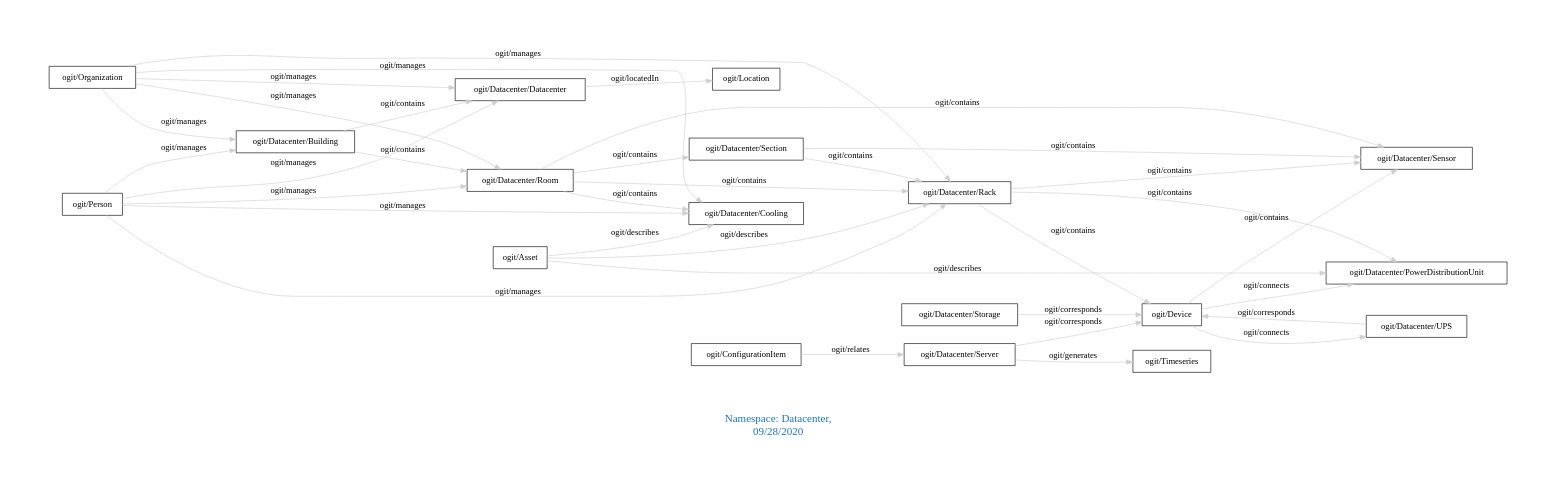
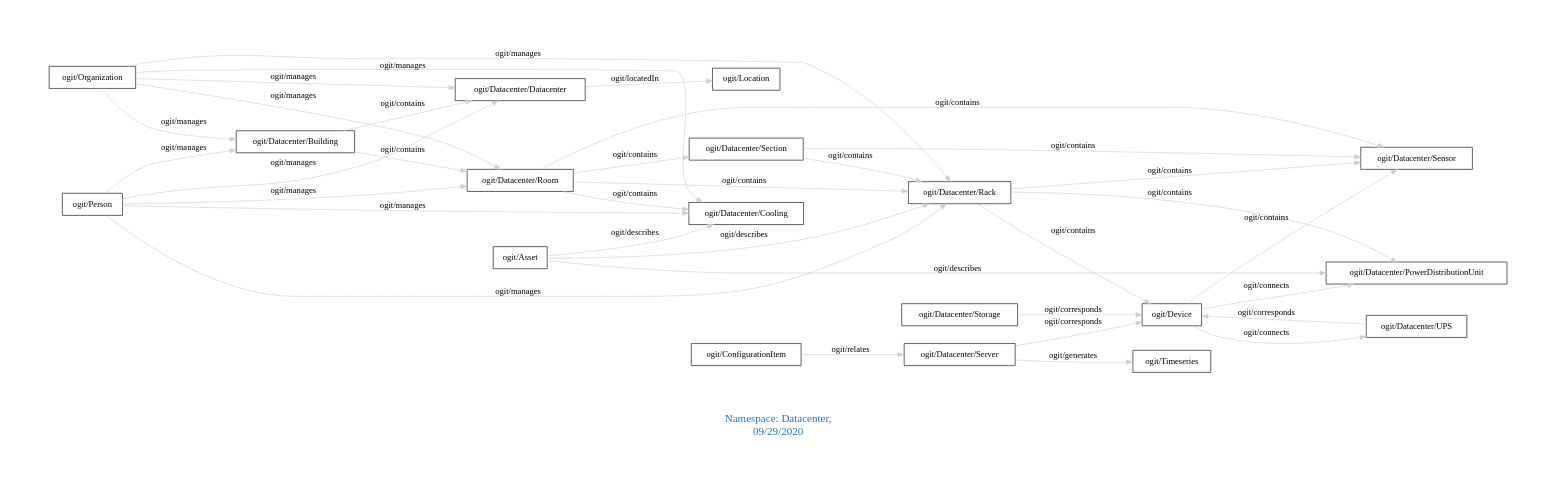
The diagram in downloads/Datacenter.dot (arago/OGIT), drawn with Graphviz before and after one commit. The commit also changed 1818 other files, not shown here.

```diff
--- a/downloads/Datacenter.dot
+++ b/downloads/Datacenter.dot
@@ -1,41 +1,41 @@
 digraph OGIT_ontology {
  graph [ rankdir= LR,pad=1 
 fontsize = 18,
-fontcolor= dodgerblue3,label = "\n\n\nNamespace: Datacenter, \n 09/28/2020"];
+fontcolor= dodgerblue3,label = "\n\n\nNamespace: Datacenter, \n 09/29/2020"];
 node[shape=polygon];
 edge [  color="gray81"];
 
    "ogit/Datacenter/Building" -> "ogit/Datacenter/Datacenter" [label="   ogit/contains    "];
    "ogit/Datacenter/Building" -> "ogit/Datacenter/Room" [label="   ogit/contains    "];
    "ogit/Datacenter/Rack" -> "ogit/Datacenter/Sensor" [label="   ogit/contains    "];
    "ogit/Datacenter/Rack" -> "ogit/Datacenter/PowerDistributionUnit" [label="   ogit/contains    "];
    "ogit/Datacenter/Rack" -> "ogit/Device" [label="   ogit/contains    "];
    "ogit/Datacenter/Room" -> "ogit/Datacenter/Rack" [label="   ogit/contains    "];
    "ogit/Datacenter/Room" -> "ogit/Datacenter/Cooling" [label="   ogit/contains    "];
    "ogit/Datacenter/Room" -> "ogit/Datacenter/Sensor" [label="   ogit/contains    "];
    "ogit/Datacenter/Room" -> "ogit/Datacenter/Section" [label="   ogit/contains    "];
    "ogit/Datacenter/Section" -> "ogit/Datacenter/Sensor" [label="   ogit/contains    "];
    "ogit/Datacenter/Section" -> "ogit/Datacenter/Rack" [label="   ogit/contains    "];
    "ogit/Device" -> "ogit/Datacenter/Sensor" [label="   ogit/contains    "];
    "ogit/Organization" -> "ogit/Datacenter/Room" [label="   ogit/manages    "];
    "ogit/Organization" -> "ogit/Datacenter/Rack" [label="   ogit/manages    "];
    "ogit/Organization" -> "ogit/Datacenter/Datacenter" [label="   ogit/manages    "];
    "ogit/Organization" -> "ogit/Datacenter/Cooling" [label="   ogit/manages    "];
    "ogit/Organization" -> "ogit/Datacenter/Building" [label="   ogit/manages    "];
    "ogit/Person" -> "ogit/Datacenter/Room" [label="   ogit/manages    "];
    "ogit/Person" -> "ogit/Datacenter/Rack" [label="   ogit/manages    "];
    "ogit/Person" -> "ogit/Datacenter/Datacenter" [label="   ogit/manages    "];
    "ogit/Person" -> "ogit/Datacenter/Cooling" [label="   ogit/manages    "];
    "ogit/Person" -> "ogit/Datacenter/Building" [label="   ogit/manages    "];
    "ogit/Datacenter/Server" -> "ogit/Timeseries" [label="   ogit/generates    "];
    "ogit/Asset" -> "ogit/Datacenter/Rack" [label="   ogit/describes    "];
    "ogit/Asset" -> "ogit/Datacenter/PowerDistributionUnit" [label="   ogit/describes    "];
    "ogit/Asset" -> "ogit/Datacenter/Cooling" [label="   ogit/describes    "];
    "ogit/Device" -> "ogit/Datacenter/PowerDistributionUnit" [label="   ogit/connects    "];
    "ogit/Device" -> "ogit/Datacenter/UPS" [label="   ogit/connects    "];
    "ogit/Datacenter/Datacenter" -> "ogit/Location" [label="   ogit/locatedIn    "];
    "ogit/Datacenter/Server" -> "ogit/Device" [label="   ogit/corresponds    "];
    "ogit/Datacenter/Storage" -> "ogit/Device" [label="   ogit/corresponds    "];
    "ogit/Datacenter/UPS" -> "ogit/Device" [label="   ogit/corresponds    "];
    "ogit/ConfigurationItem" -> "ogit/Datacenter/Server" [label="   ogit/relates    "];
 }
```
